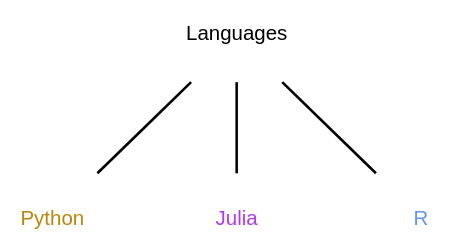
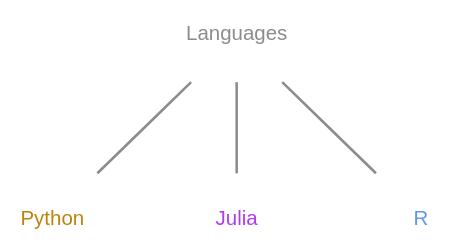
One commit to WestDRI/arc-training changed the third of 24 diagrams in ai/wb_frameworks_content.qmd. Above: the diagram before and after it, drawn with Graphviz. The commit also changed other lines of this file and 3 other files, not shown here.

````diff
--- a/ai/wb_frameworks_content.qmd
+++ b/ai/wb_frameworks_content.qmd
@@ -62,16 +64,17 @@
 ```{dot}
 //| echo: false
 
 strict graph {
 
 bgcolor="transparent"
-node [fontname="Inconsolata, sans-serif", shape=plaintext, fontsize=8]
+node [fontname="Inconsolata, sans-serif", shape=plaintext, fontsize=8, fontcolor="#8c8c8c"]
+edge [color="#8c8c8c"]
 
 Python [fontcolor=darkgoldenrod, URL="https://www.python.org/"]
 Julia [fontcolor=darkorchid2, URL="https://julialang.org/"]
 R [fontcolor=cornflowerblue, URL="https://www.r-project.org/"]
 
 Languages -- {Python Julia R}
 
 }
 ```
````
